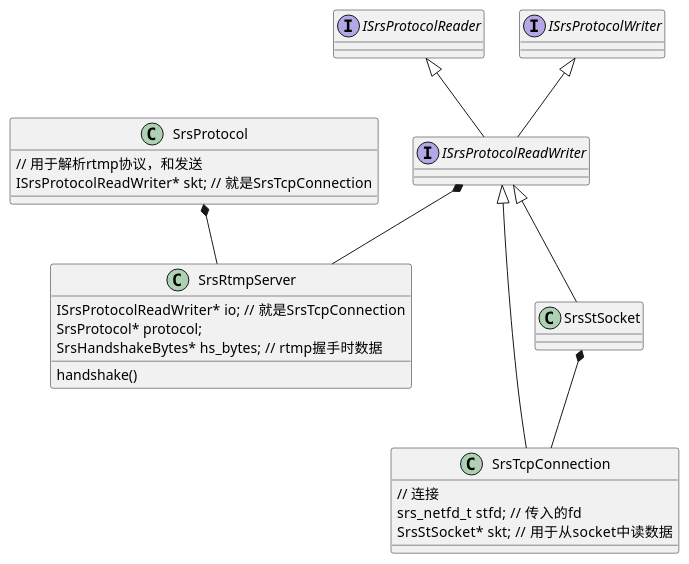
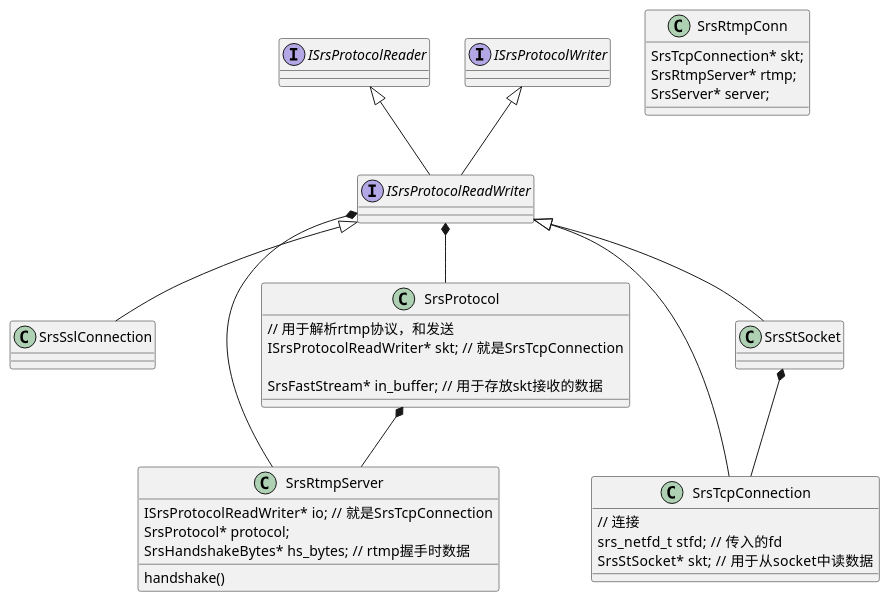
Before and after one commit to hz-fengpeng/doc: the fifth of 8 diagrams in srs/srs_struct.md, drawn with PlantUML. The commit also changed other lines of this file and 1 other file, not shown here.

````diff
--- a/srs/srs_struct.md
+++ b/srs/srs_struct.md
@@ -276,56 +318,67 @@
 ```plantuml
 
 
 ISrsProtocolReader <|-- ISrsProtocolReadWriter
 ISrsProtocolWriter <|-- ISrsProtocolReadWriter
+ISrsProtocolReadWriter <|-- SrsSslConnection
 
 ISrsProtocolReadWriter *-- SrsRtmpServer
+ISrsProtocolReadWriter *-- SrsProtocol
 ISrsProtocolReadWriter <|-- SrsTcpConnection
 ISrsProtocolReadWriter <|-- SrsStSocket
 SrsProtocol *-- SrsRtmpServer
 SrsStSocket *-- SrsTcpConnection
 
 interface ISrsProtocolReader
 {
 
 }
 
 interface ISrsProtocolWriter
 {
 
 }
 
 interface ISrsProtocolReadWriter
 {
 
 }
 
 class SrsRtmpServer
 {
     ISrsProtocolReadWriter* io;  // 就是SrsTcpConnection
     SrsProtocol* protocol;  
     SrsHandshakeBytes* hs_bytes;  // rtmp握手时数据
 
     handshake()
 }
 
 class SrsTcpConnection
 {
     // 连接
     srs_netfd_t stfd;   // 传入的fd
     SrsStSocket* skt;   // 用于从socket中读数据
 }
 
 class SrsStSocket
 {
 
 }
 
 
 class SrsProtocol
 {
     // 用于解析rtmp协议，和发送
     ISrsProtocolReadWriter* skt;  // 就是SrsTcpConnection
+    
+    SrsFastStream* in_buffer;  // 用于存放skt接收的数据
+}
+
+class SrsRtmpConn
+{
+    SrsTcpConnection* skt;
+    SrsRtmpServer* rtmp;
+    SrsServer* server;
 }
 
 ```
````
